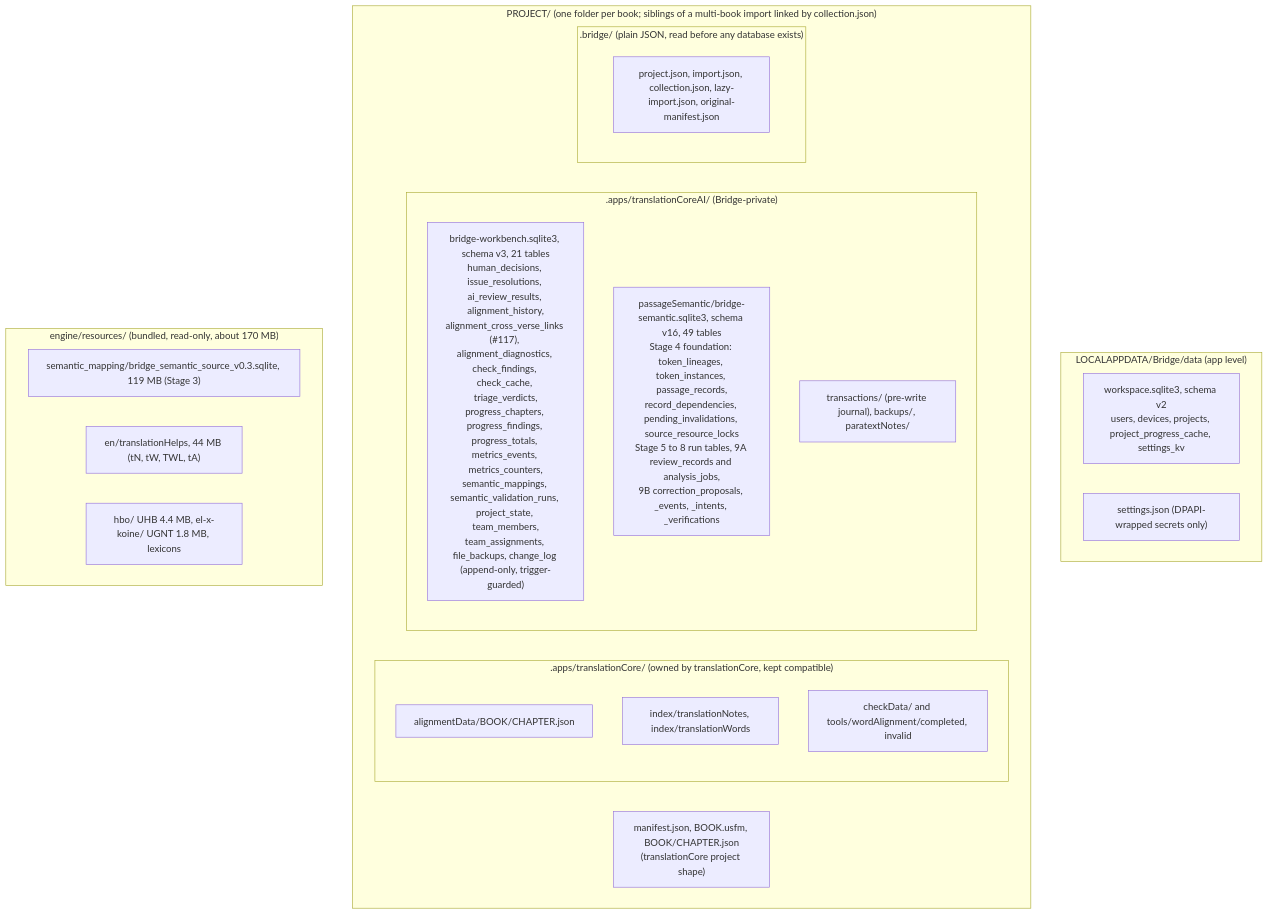
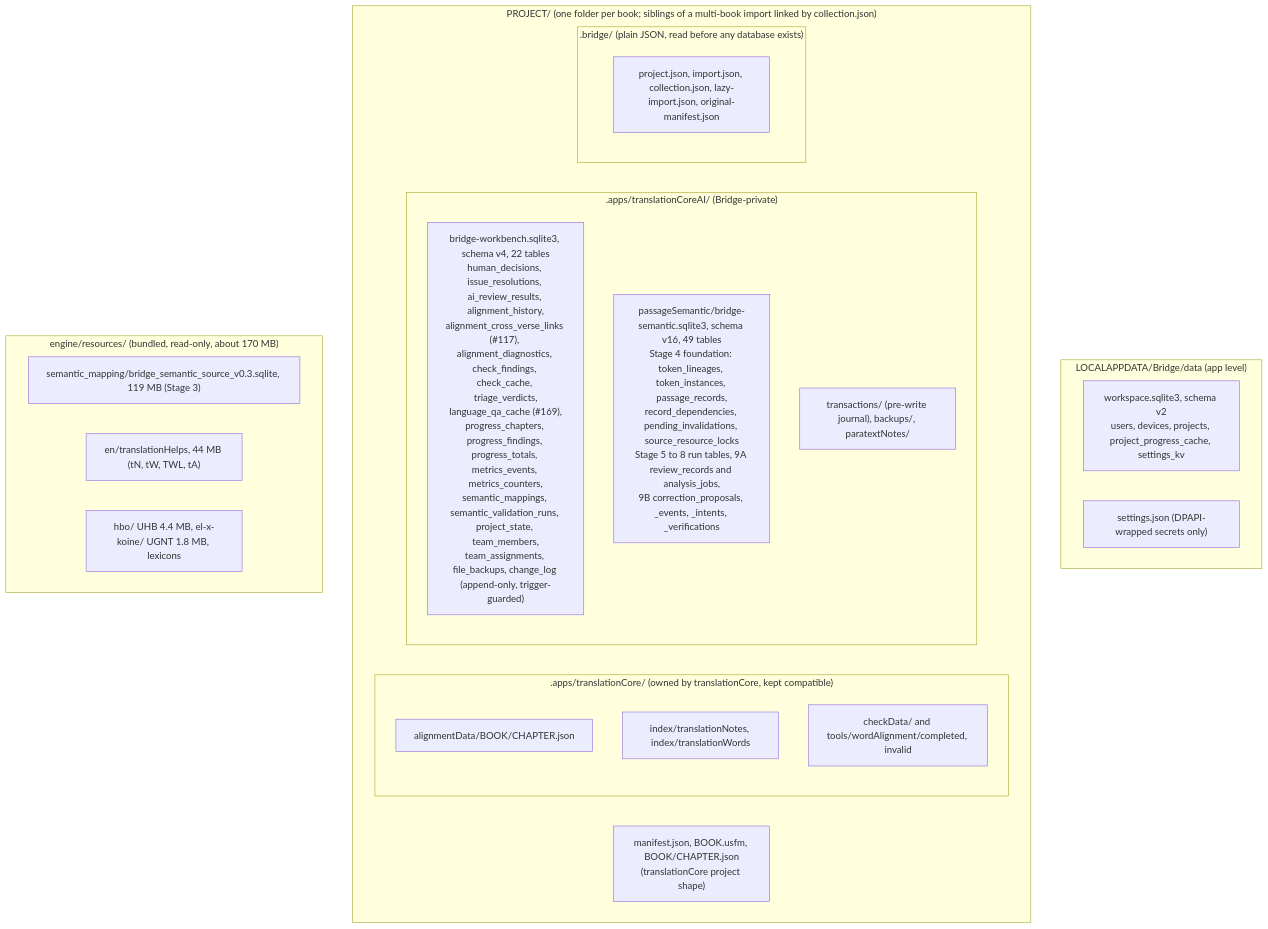
One commit to RevantCI/bridge changed the second of 4 diagrams in docs/ARCHITECTURE.md. Above: the diagram before and after it, drawn with Mermaid. The commit also changed other lines of this file and 15 other files, not shown here.

First line of the commit message:
feat(language-qa): layered-rules Phase 4.1 - Language QA as a check-job stage, persisted

````diff
--- a/docs/ARCHITECTURE.md
+++ b/docs/ARCHITECTURE.md
@@ -102,28 +102,28 @@
 ```mermaid
 flowchart TB
   subgraph App["LOCALAPPDATA/Bridge/data (app level)"]
     WS["workspace.sqlite3, schema v2<br/>users, devices, projects, project_progress_cache, settings_kv"]
     SJ["settings.json (DPAPI-wrapped secrets only)"]
   end
   subgraph Proj["PROJECT/ (one folder per book; siblings of a multi-book import linked by collection.json)"]
     M["manifest.json, BOOK.usfm, BOOK/CHAPTER.json<br/>(translationCore project shape)"]
     subgraph TCdir[".apps/translationCore/ (owned by translationCore, kept compatible)"]
       AD["alignmentData/BOOK/CHAPTER.json"]
       IDX["index/translationNotes, index/translationWords"]
       CD["checkData/ and tools/wordAlignment/completed, invalid"]
     end
     subgraph AIdir[".apps/translationCoreAI/ (Bridge-private)"]
-      WB["bridge-workbench.sqlite3, schema v3, 21 tables<br/>human_decisions, issue_resolutions, ai_review_results, alignment_history,<br/>alignment_cross_verse_links (#117), alignment_diagnostics, check_findings, check_cache, triage_verdicts,<br/>progress_chapters, progress_findings, progress_totals, metrics_events, metrics_counters,<br/>semantic_mappings, semantic_validation_runs, project_state, team_members,<br/>team_assignments, file_backups, change_log (append-only, trigger-guarded)"]
+      WB["bridge-workbench.sqlite3, schema v4, 22 tables<br/>human_decisions, issue_resolutions, ai_review_results, alignment_history,<br/>alignment_cross_verse_links (#117), alignment_diagnostics, check_findings, check_cache, triage_verdicts,<br/>language_qa_cache (#169),<br/>progress_chapters, progress_findings, progress_totals, metrics_events, metrics_counters,<br/>semantic_mappings, semantic_validation_runs, project_state, team_members,<br/>team_assignments, file_backups, change_log (append-only, trigger-guarded)"]
       SEM["passageSemantic/bridge-semantic.sqlite3, schema v16, 49 tables<br/>Stage 4 foundation: token_lineages, token_instances, passage_records,<br/>record_dependencies, pending_invalidations, source_resource_locks<br/>Stage 5 to 8 run tables, 9A review_records and analysis_jobs,<br/>9B correction_proposals, _events, _intents, _verifications"]
       TX["transactions/ (pre-write journal), backups/, paratextNotes/"]
     end
     subgraph Bdir[".bridge/ (plain JSON, read before any database exists)"]
       BJ["project.json, import.json, collection.json, lazy-import.json, original-manifest.json"]
     end
   end
   subgraph Res["engine/resources/ (bundled, read-only, about 170 MB)"]
     R1["semantic_mapping/bridge_semantic_source_v0.3.sqlite, 119 MB (Stage 3)"]
     R2["en/translationHelps, 44 MB (tN, tW, TWL, tA)"]
     R3["hbo/ UHB 4.4 MB, el-x-koine/ UGNT 1.8 MB, lexicons"]
   end
 ```
````
